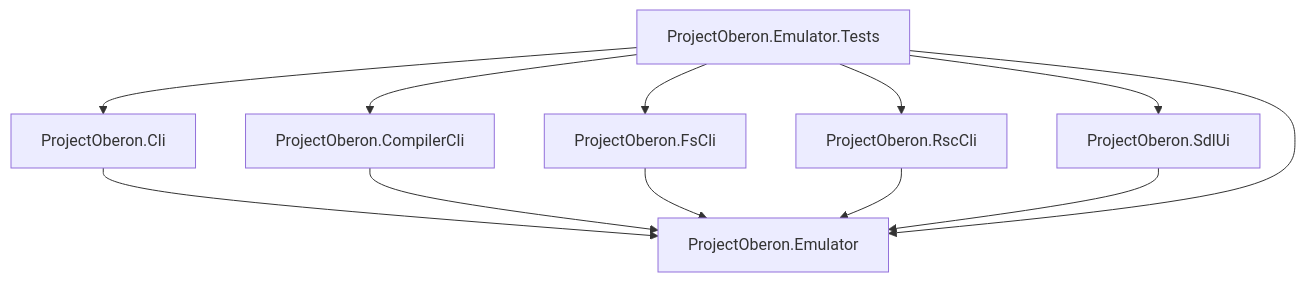
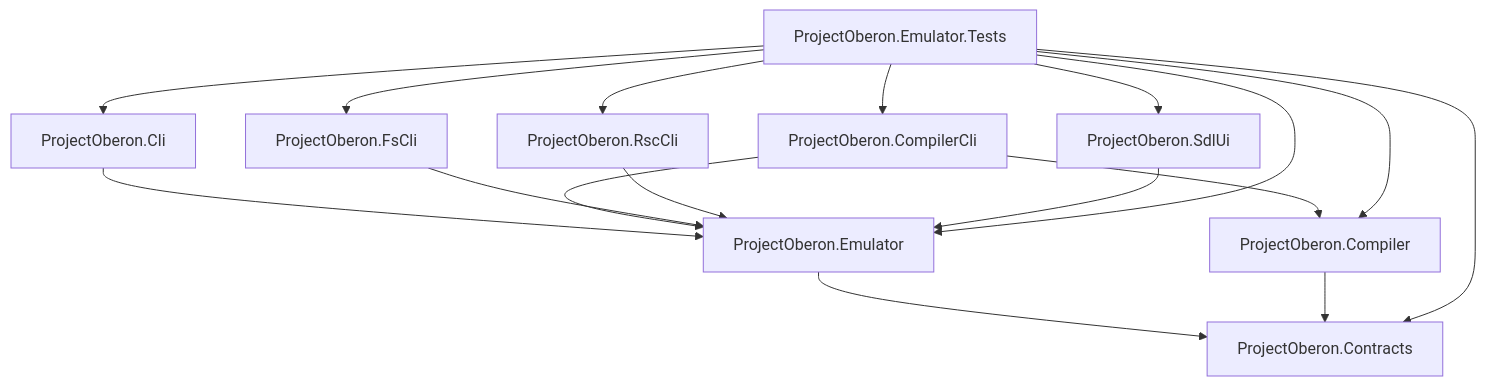
Before and after one commit to berkankarakus/ProjectOberon.NET: the diagram in docs/architecture.md, drawn with Mermaid. The commit also changed other lines of this file and 1 other file, not shown here.

Commit message:
docs: describe compiler and contracts layers

````diff
--- a/docs/architecture.md
+++ b/docs/architecture.md
@@ -6,22 +7,29 @@
 ```mermaid
 flowchart TD
+    Contracts[ProjectOberon.Contracts]
     Core[ProjectOberon.Emulator]
+    CompilerLib[ProjectOberon.Compiler]
     Cli[ProjectOberon.Cli]
     Compiler[ProjectOberon.CompilerCli]
     Fs[ProjectOberon.FsCli]
     Rsc[ProjectOberon.RscCli]
     Sdl[ProjectOberon.SdlUi]
     Tests[ProjectOberon.Emulator.Tests]
 
+    Core --> Contracts
+    CompilerLib --> Contracts
     Cli --> Core
     Compiler --> Core
+    Compiler --> CompilerLib
     Fs --> Core
     Rsc --> Core
     Sdl --> Core
+    Tests --> Contracts
     Tests --> Core
+    Tests --> CompilerLib
     Tests --> Cli
     Tests --> Compiler
     Tests --> Fs
     Tests --> Rsc
     Tests --> Sdl
 ```
````
